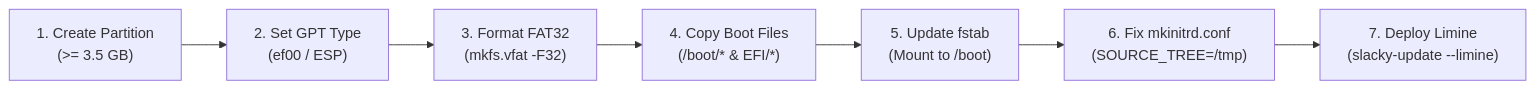
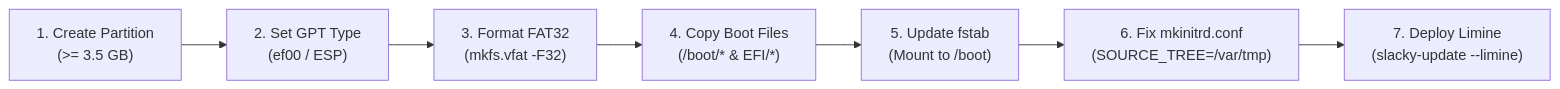
One commit to TuxOfValhalla/slacky-update changed the diagram in docs/LIMINE_SECUREBOOT_FIELD_GUIDE.md. Above: the diagram before and after it, drawn with Mermaid. The commit also changed other lines of this file and 300 other files, not shown here.

````diff
--- a/docs/LIMINE_SECUREBOOT_FIELD_GUIDE.md
+++ b/docs/LIMINE_SECUREBOOT_FIELD_GUIDE.md
@@ -76,9 +91,9 @@
 ```mermaid
 flowchart LR
     Step1["1. Create Partition\n(>= 3.5 GB)"] --> Step2["2. Set GPT Type\n(ef00 / ESP)"]
     Step2 --> Step3["3. Format FAT32\n(mkfs.vfat -F32)"]
     Step3 --> Step4["4. Copy Boot Files\n(/boot/* & EFI/*)"]
     Step4 --> Step5["5. Update fstab\n(Mount to /boot)"]
-    Step5 --> Step6["6. Fix mkinitrd.conf\n(SOURCE_TREE=/tmp)"]
+    Step5 --> Step6["6. Fix mkinitrd.conf\n(SOURCE_TREE=/var/tmp)"]
     Step6 --> Step7["7. Deploy Limine\n(slacky-update --limine)"]
 ```
````
